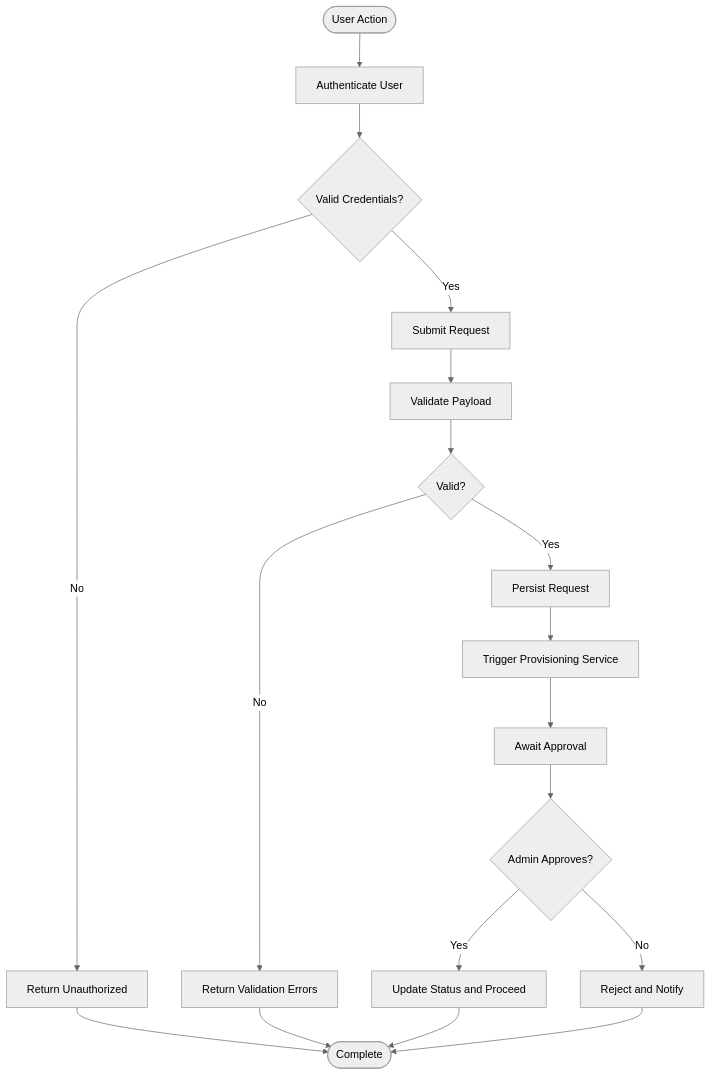
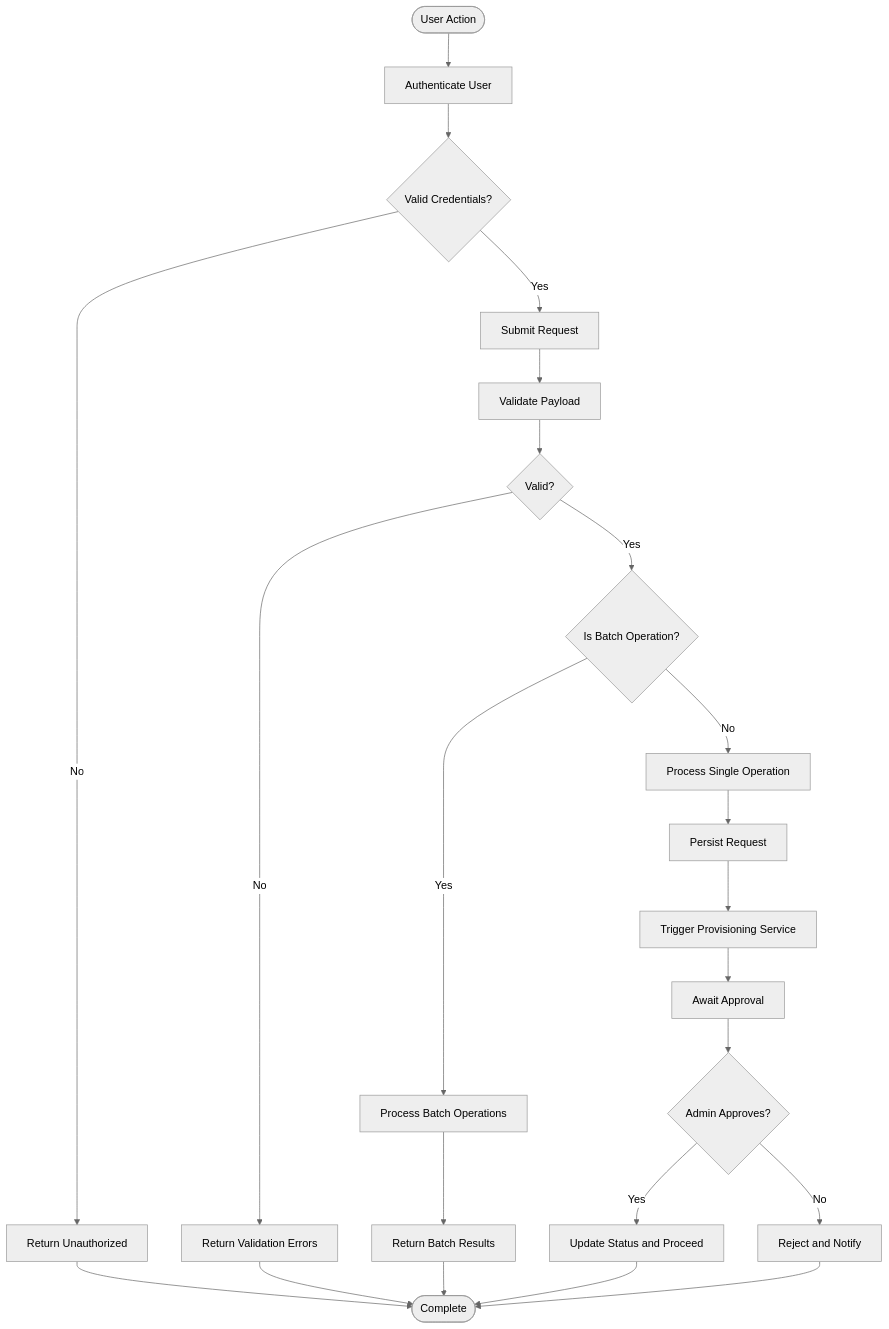
The fourth of 5 diagrams in .qoder/repowiki/en/content/Testing Strategy.md (14Lucifer/hackathon_ecs_creator), drawn with Mermaid (neutral theme) before and after one commit. The commit also changed other lines of this file and 96 other files, not shown here.

````diff
--- a/.qoder/repowiki/en/content/Testing Strategy.md
+++ b/.qoder/repowiki/en/content/Testing Strategy.md
@@ -269,20 +361,25 @@
 ```mermaid
 flowchart TD
 Start(["User Action"]) --> Auth["Authenticate User"]
 Auth --> ValidAuth{"Valid Credentials?"}
 ValidAuth --> |No| Error["Return Unauthorized"]
 ValidAuth --> |Yes| Submit["Submit Request"]
 Submit --> Validate["Validate Payload"]
 Validate --> ValidPayload{"Valid?"}
 ValidPayload --> |No| ValidationError["Return Validation Errors"]
-ValidPayload --> |Yes| Persist["Persist Request"]
+ValidPayload --> |Yes| IsBatch{"Is Batch Operation?"}
+IsBatch --> |Yes| BatchProcess["Process Batch Operations"]
+IsBatch --> |No| SingleProcess["Process Single Operation"]
+BatchProcess --> BatchResult["Return Batch Results"]
+SingleProcess --> Persist["Persist Request"]
 Persist --> Provision["Trigger Provisioning Service"]
 Provision --> Pending["Await Approval"]
 Pending --> AdminAction{"Admin Approves?"}
 AdminAction --> |Yes| Approve["Update Status and Proceed"]
 AdminAction --> |No| Reject["Reject and Notify"]
 Approve --> End(["Complete"])
 Reject --> End
 Error --> End
 ValidationError --> End
+BatchResult --> End
 ```
````
